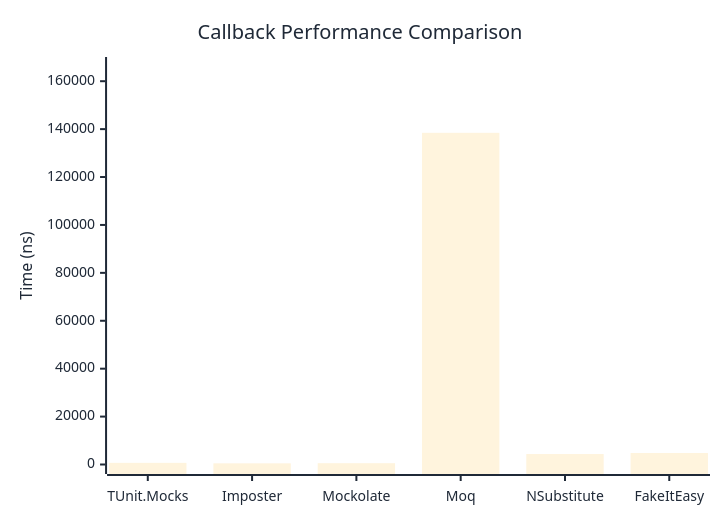
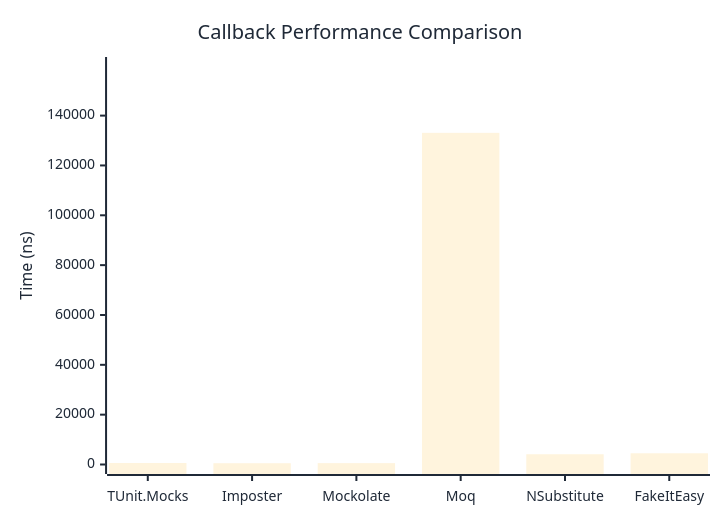
One commit to thomhurst/TUnit changed the first of 2 diagrams in docs/docs/benchmarks/mocks/Callback.md. Above: the diagram before and after it, drawn with Mermaid. The commit also changed other lines of this file and 14 other files, not shown here.

````diff
--- a/docs/docs/benchmarks/mocks/Callback.md
+++ b/docs/docs/benchmarks/mocks/Callback.md
@@ -28,27 +28,27 @@
 ```mermaid
 %%{init: {
   'theme':'base',
   'themeVariables': {
     'primaryColor': '#2563eb',
     'primaryTextColor': '#1f2937',
     'primaryBorderColor': '#1e40af',
     'lineColor': '#6b7280',
     'secondaryColor': '#7c3aed',
     'tertiaryColor': '#dc2626',
     'background': '#ffffff',
     'pie1': '#2563eb',
     'pie2': '#7c3aed',
     'pie3': '#dc2626',
     'pie4': '#f59e0b',
     'pie5': '#10b981',
     'pie6': '#06b6d4',
     'pie7': '#ec4899',
     'pie8': '#6366f1'
   }
 }}%%
 xychart-beta
   title "Callback Performance Comparison"
   x-axis ["TUnit.Mocks", "Imposter", "Mockolate", "Moq", "NSubstitute", "FakeItEasy"]
-  y-axis "Time (ns)" 0 --> 166139
-  bar [685.5, 490.7, 545.3, 138449.1, 4359.4, 4788.6]
+  y-axis "Time (ns)" 0 --> 159706
+  bar [603.1, 515.1, 544.8, 133087.7, 4112, 4502.3]
 ```
````
